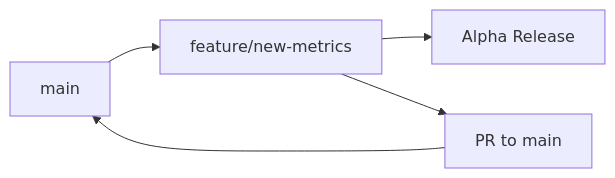
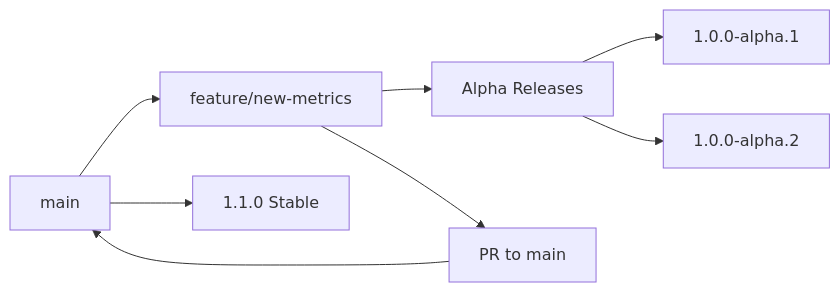
Before and after one commit to llevintza/aws-fastify-prometheus: the first of 3 diagrams in docs/BRANCHING_STRATEGY.md, drawn with Mermaid. The commit also changed other lines of this file and 6 other files, not shown here.

````diff
--- a/docs/BRANCHING_STRATEGY.md
+++ b/docs/BRANCHING_STRATEGY.md
@@ -21,7 +515,10 @@
 ```mermaid
 graph LR
     A[main] --> B[feature/new-metrics]
-    B --> C[Alpha Release]
-    B --> D[PR to main]
-    D --> A
+    B --> C[Alpha Releases]
+    C --> D[1.0.0-alpha.1]
+    C --> E[1.0.0-alpha.2]
+    B --> F[PR to main]
+    F --> A
+    A --> G[1.1.0 Stable]
 ```
````
